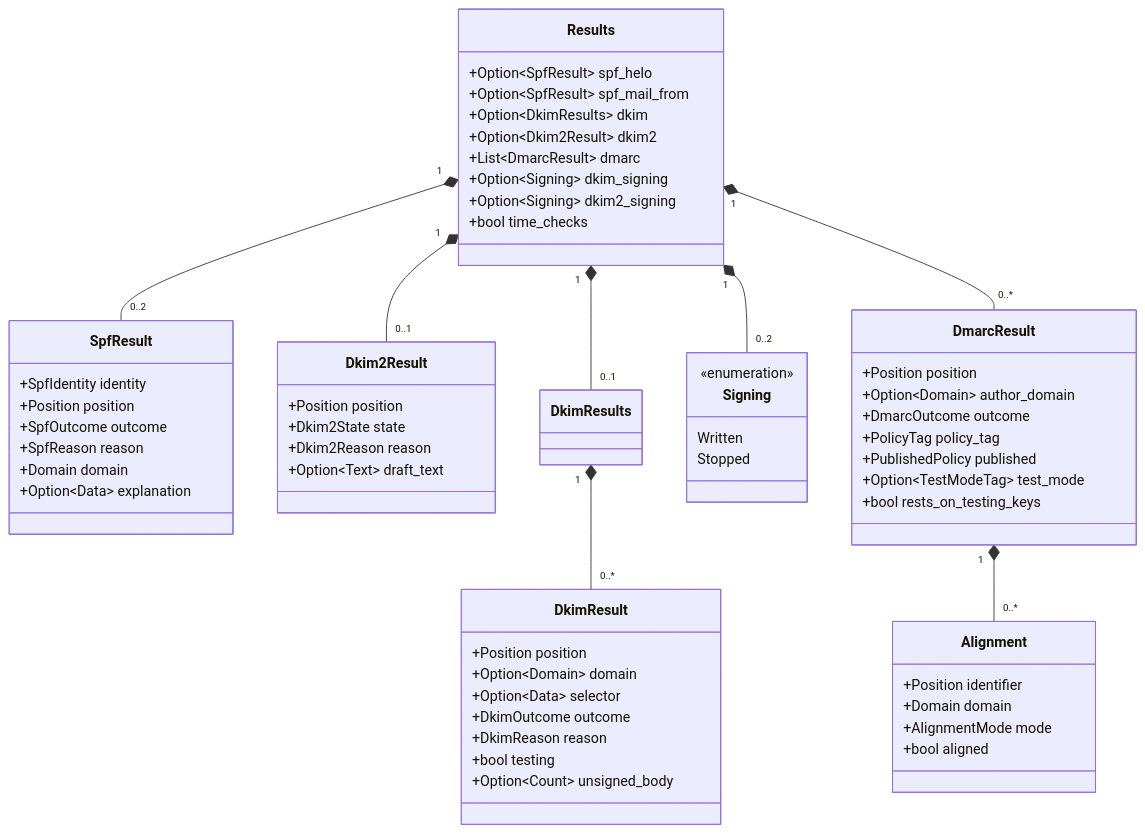
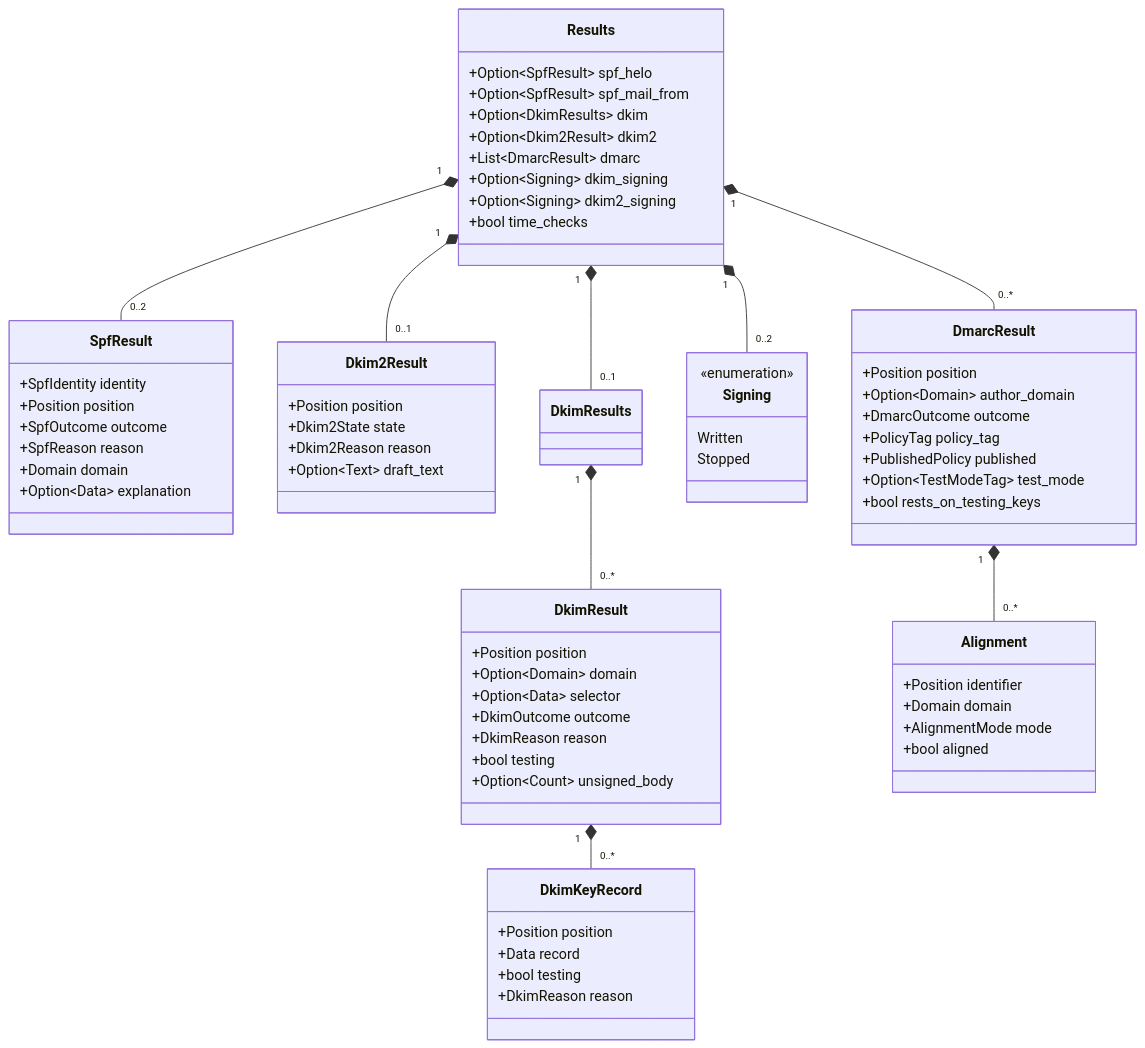
The fifth of 6 diagrams in docs/reference/design/domain-model.md (photom/hallmark), drawn with Mermaid before and after one commit. The commit also changed 12 other files, not shown here.

````diff
--- a/docs/reference/design/domain-model.md
+++ b/docs/reference/design/domain-model.md
@@ -251,63 +251,70 @@
 ```mermaid
 classDiagram
     class Results {
         +Option~SpfResult~ spf_helo
         +Option~SpfResult~ spf_mail_from
         +Option~DkimResults~ dkim
         +Option~Dkim2Result~ dkim2
         +List~DmarcResult~ dmarc
         +Option~Signing~ dkim_signing
         +Option~Signing~ dkim2_signing
         +bool time_checks
     }
     class SpfResult {
         +SpfIdentity identity
         +Position position
         +SpfOutcome outcome
         +SpfReason reason
         +Domain domain
         +Option~Data~ explanation
     }
     class DkimResult {
         +Position position
         +Option~Domain~ domain
         +Option~Data~ selector
         +DkimOutcome outcome
         +DkimReason reason
         +bool testing
         +Option~Count~ unsigned_body
+    }
+    class DkimKeyRecord {
+        +Position position
+        +Data record
+        +bool testing
+        +DkimReason reason
     }
     class Dkim2Result {
         +Position position
         +Dkim2State state
         +Dkim2Reason reason
         +Option~Text~ draft_text
     }
     class DmarcResult {
         +Position position
         +Option~Domain~ author_domain
         +DmarcOutcome outcome
         +PolicyTag policy_tag
         +PublishedPolicy published
         +Option~TestModeTag~ test_mode
         +bool rests_on_testing_keys
     }
     class Alignment {
         +Position identifier
         +Domain domain
         +AlignmentMode mode
         +bool aligned
     }
     class Signing {
         <<enumeration>>
         Written
         Stopped
     }
     Results "1" *-- "0..2" SpfResult
     Results "1" *-- "0..1" DkimResults
     DkimResults "1" *-- "0..*" DkimResult
+    DkimResult "1" *-- "0..*" DkimKeyRecord
     Results "1" *-- "0..1" Dkim2Result
     Results "1" *-- "0..*" DmarcResult
     DmarcResult "1" *-- "0..*" Alignment
     Results "1" *-- "0..2" Signing
 ```
````
